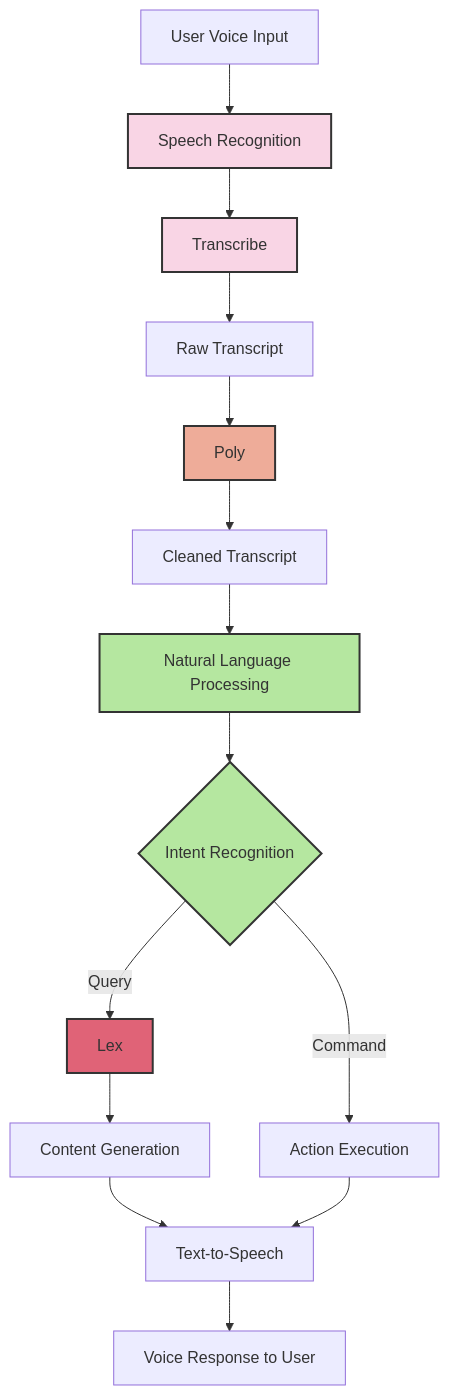
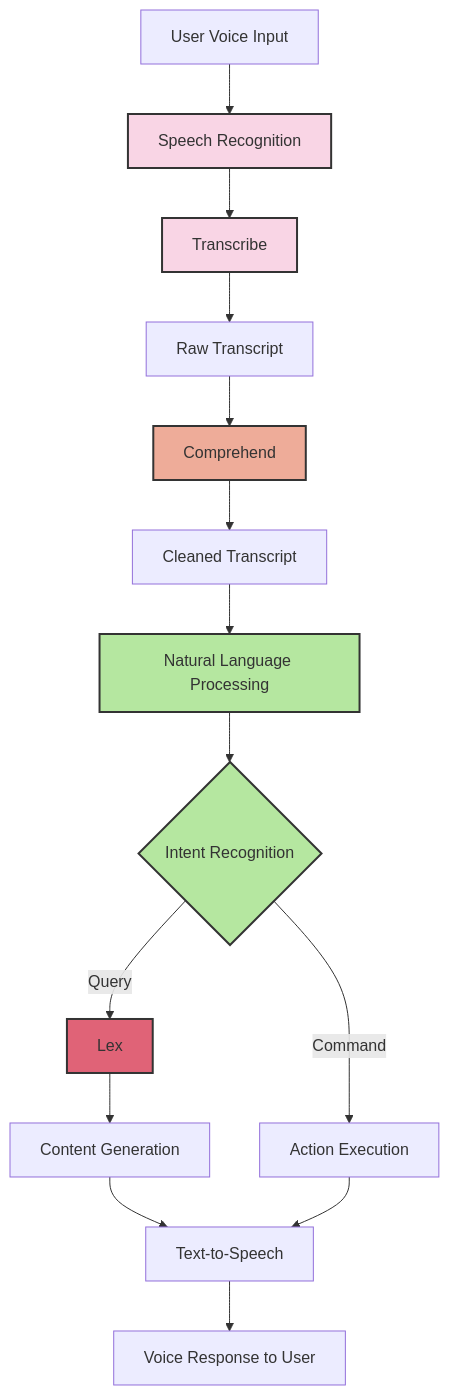
Before and after one commit to puglieseweb/puglieseweb.com: the first of 2 diagrams in software-development/aws/ai-analytics-big-data-ml/ai/transcribe-polly-lex.md, drawn with Mermaid.

Commit message:
GITBOOK-436: No subject

````diff
--- a/software-development/aws/ai-analytics-big-data-ml/ai/transcribe-polly-lex.md
+++ b/software-development/aws/ai-analytics-big-data-ml/ai/transcribe-polly-lex.md
@@ -102,23 +102,23 @@
 ```mermaid
 graph TD
     A[User Voice Input] --> B[Speech Recognition]
     B --> C[Transcribe]
     C --> D[Raw Transcript]
-    D --> E[Poly]
+    D --> E[Comprehend]
     E --> F[Cleaned Transcript]
     F --> G[Natural Language Processing]
     G --> H{Intent Recognition}
     H --> |Query| I[Lex]
     I --> J[Content Generation]
     H --> |Command| K[Action Execution]
     J --> L[Text-to-Speech]
     K --> L
     L --> M[Voice Response to User]
 
     style B fill:#f9d5e5,stroke:#333,stroke-width:2px
     style C fill:#f9d5e5,stroke:#333,stroke-width:2px
     style E fill:#eeac99,stroke:#333,stroke-width:2px
     style I fill:#e06377,stroke:#333,stroke-width:2px
     style G fill:#b5e7a0,stroke:#333,stroke-width:2px
     style H fill:#b5e7a0,stroke:#333,stroke-width:2px
 ```
````
